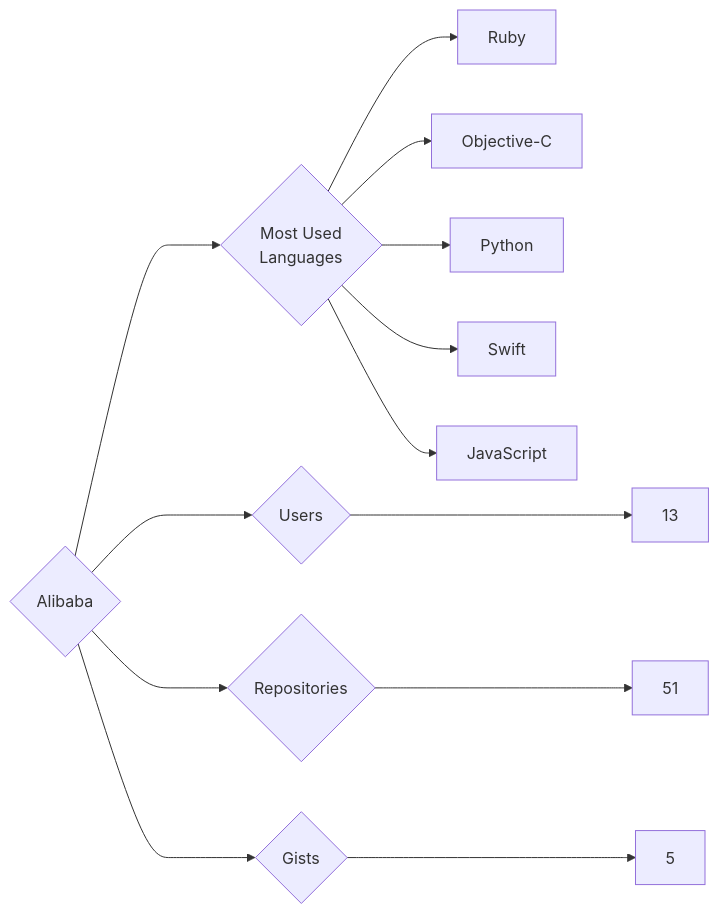
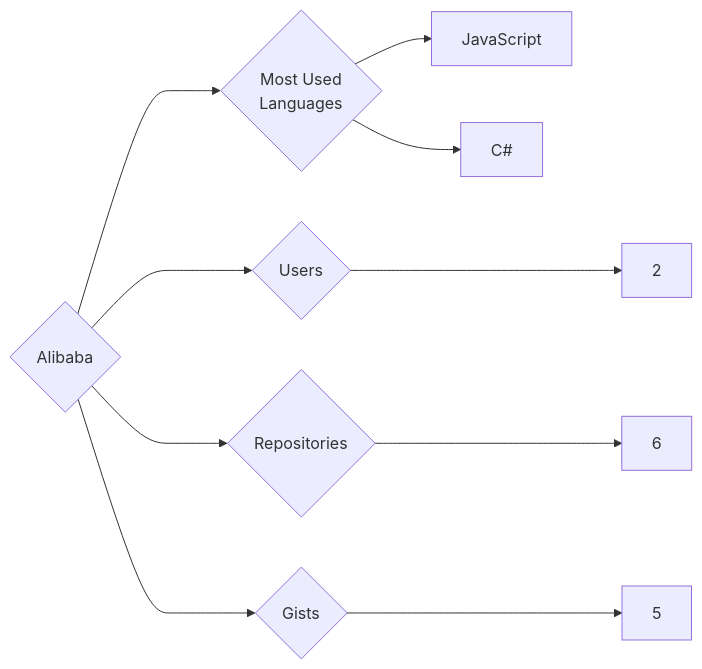
The diagram in targets/Alibaba/README.md (trickest/insiders), drawn with Mermaid before and after one commit. The commit also changed 1078 other files, not shown here.

````diff
--- a/targets/Alibaba/README.md
+++ b/targets/Alibaba/README.md
@@ -3,13 +3,10 @@
 ```mermaid
 graph LR
 COMPANY_NAME{Alibaba}
-COMPANY_NAME ---> U{Users} ---> UN[13]
-COMPANY_NAME ---> R{Repositories} ---> RN[51]
+COMPANY_NAME ---> U{Users} ---> UN[2]
+COMPANY_NAME ---> R{Repositories} ---> RN[6]
 COMPANY_NAME ---> G{Gists} ---> GN[5]
 COMPANY_NAME ---> ML{Most Used<br>Languages}
-ML --> Ruby[Ruby]
-ML --> Objective-C[Objective-C]
-ML --> Python[Python]
-ML --> Swift[Swift]
 ML --> JavaScript[JavaScript]
+ML --> C#[C#]
 ```
````
